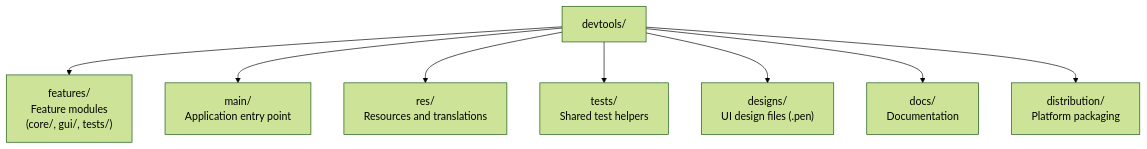
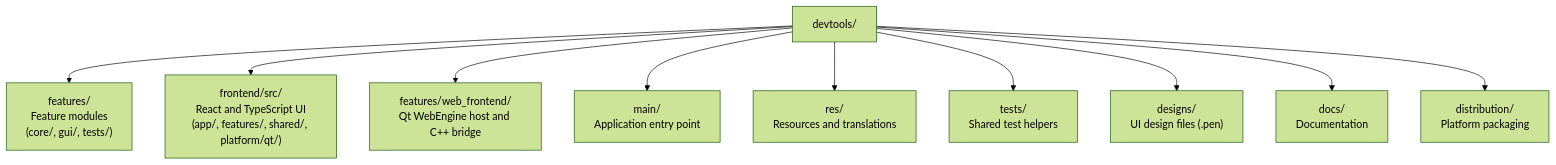
The first of 2 diagrams in CONTRIBUTING.md (LotusAndCompany/devtools), drawn with Mermaid (forest theme) before and after one commit. The commit also changed other lines of this file and 37 other files, not shown here.

````diff
--- a/CONTRIBUTING.md
+++ b/CONTRIBUTING.md
@@ -32,11 +32,13 @@
 ```mermaid
 flowchart TD
     root["devtools/"]
     root --> features["features/<br/>Feature modules<br/>(core/, gui/, tests/)"]
+    root --> frontend["frontend/src/<br/>React and TypeScript UI<br/>(app/, features/, shared/, platform/qt/)"]
+    root --> webbridge["features/web_frontend/<br/>Qt WebEngine host and C++ bridge"]
     root --> main["main/<br/>Application entry point"]
     root --> resources["res/<br/>Resources and translations"]
     root --> tests["tests/<br/>Shared test helpers"]
     root --> designs["designs/<br/>UI design files (.pen)"]
     root --> docs["docs/<br/>Documentation"]
     root --> distribution["distribution/<br/>Platform packaging"]
 ```
````
